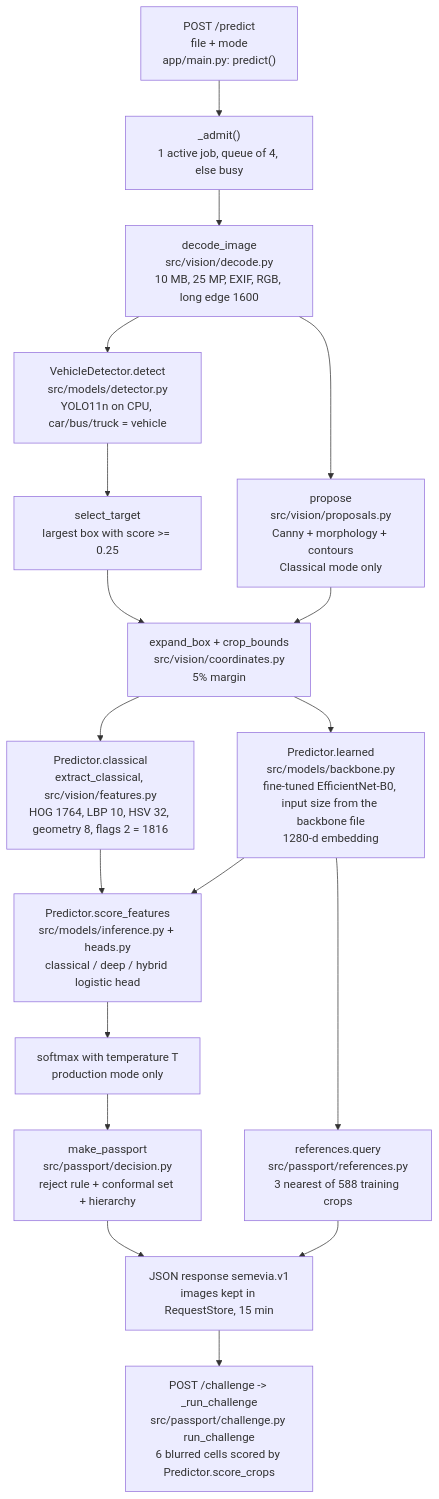
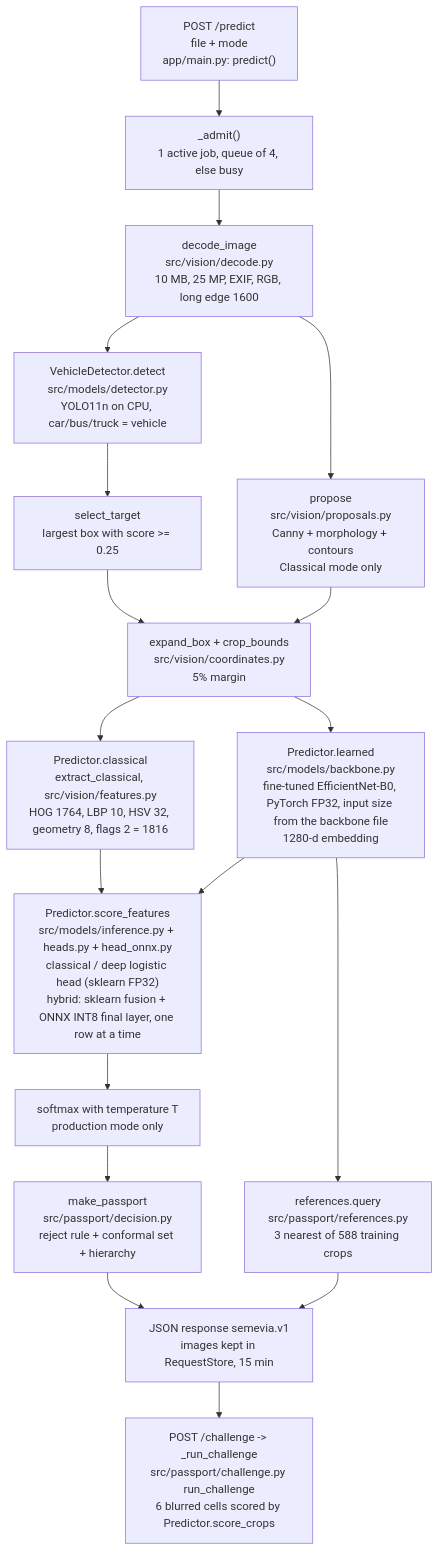
Before and after one commit to DuhItzAniket/SEMEVIA: the first of 2 diagrams in docs/design.md, drawn with Mermaid. The commit also changed other lines of this file and 13 other files, not shown here.

````diff
--- a/docs/design.md
+++ b/docs/design.md
@@ -150,20 +158,20 @@
 ```mermaid
 flowchart TD
     U["POST /predict<br/>file + mode<br/>app/main.py: predict()"] --> Q["_admit()<br/>1 active job, queue of 4, else busy"]
     Q --> D["decode_image<br/>src/vision/decode.py<br/>10 MB, 25 MP, EXIF, RGB, long edge 1600"]
     D --> Y["VehicleDetector.detect<br/>src/models/detector.py<br/>YOLO11n on CPU, car/bus/truck = vehicle"]
     Y --> S["select_target<br/>largest box with score >= 0.25"]
     D --> P["propose<br/>src/vision/proposals.py<br/>Canny + morphology + contours<br/>Classical mode only"]
     S --> C["expand_box + crop_bounds<br/>src/vision/coordinates.py<br/>5% margin"]
     P --> C
     C --> F1["Predictor.classical<br/>extract_classical, src/vision/features.py<br/>HOG 1764, LBP 10, HSV 32, geometry 8, flags 2 = 1816"]
-    C --> F2["Predictor.learned<br/>src/models/backbone.py<br/>fine-tuned EfficientNet-B0, input size from the backbone file<br/>1280-d embedding"]
-    F1 --> H["Predictor.score_features<br/>src/models/inference.py + heads.py<br/>classical / deep / hybrid logistic head"]
+    C --> F2["Predictor.learned<br/>src/models/backbone.py<br/>fine-tuned EfficientNet-B0, PyTorch FP32, input size from the backbone file<br/>1280-d embedding"]
+    F1 --> H["Predictor.score_features<br/>src/models/inference.py + heads.py + head_onnx.py<br/>classical / deep logistic head (sklearn FP32)<br/>hybrid: sklearn fusion + ONNX INT8 final layer, one row at a time"]
     F2 --> H
     F2 --> REF["references.query<br/>src/passport/references.py<br/>3 nearest of 588 training crops"]
     H --> T["softmax with temperature T<br/>production mode only"]
     T --> PP["make_passport<br/>src/passport/decision.py<br/>reject rule + conformal set + hierarchy"]
     PP --> R["JSON response semevia.v1<br/>images kept in RequestStore, 15 min"]
     REF --> R
     R --> CH["POST /challenge -> _run_challenge<br/>src/passport/challenge.py run_challenge<br/>6 blurred cells scored by Predictor.score_crops"]
 ```
````
